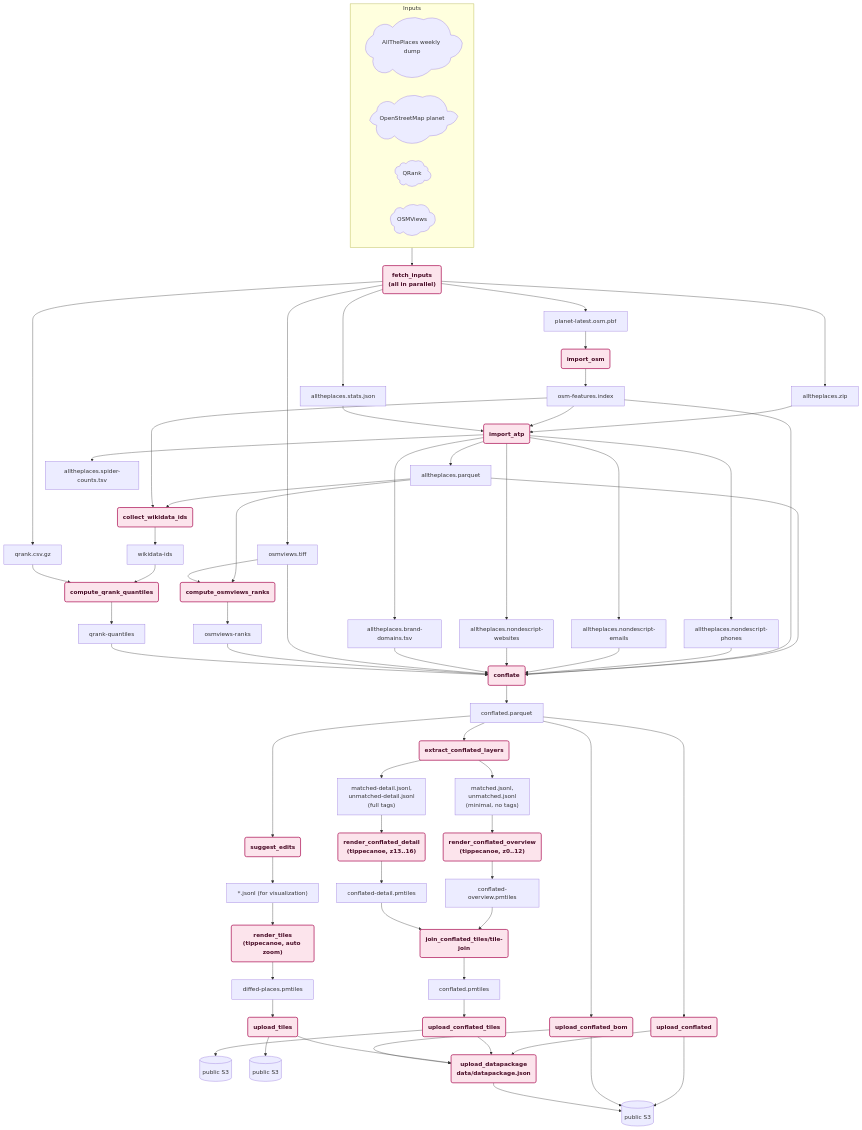
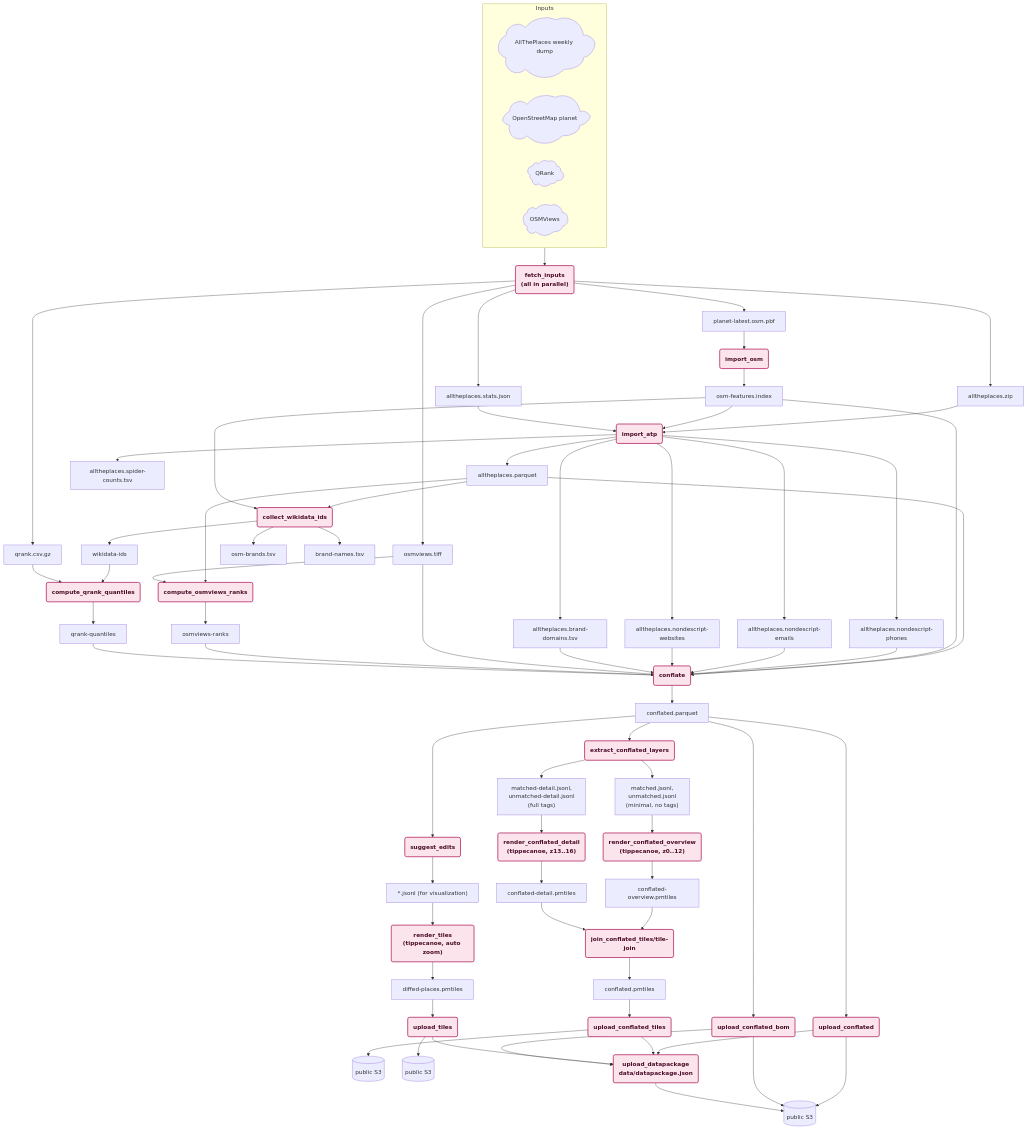
The diagram in docs/TECHNICAL_DESIGN.md (brawer/osmdiffs), drawn with Mermaid before and after one commit. The commit also changed other lines of this file and 3 other files, not shown here.

First line of the commit message:
feat(wikidata): Count OSM features and names per brand (#928)

````diff
--- a/docs/TECHNICAL_DESIGN.md
+++ b/docs/TECHNICAL_DESIGN.md
@@ -177,76 +177,78 @@
 ```mermaid
 graph TD
     ATP_SRC@{ shape: cloud, label: "AllThePlaces weekly dump" }
     OSM_SRC@{ shape: cloud, label: "OpenStreetMap planet" }
     QRANK_SRC@{ shape: cloud, label: "QRank" }
     OSMVIEWS_SRC@{ shape: cloud, label: "OSMViews" }
 
     subgraph INPUTS [Inputs]
         ATP_SRC
         OSM_SRC
         QRANK_SRC
         OSMVIEWS_SRC
     end
     INPUTS --> FETCH_INPUTS("fetch_inputs<br/>(all in parallel)")
     FETCH_INPUTS --> ATP_ZIP[alltheplaces.zip]
     FETCH_INPUTS --> ATP_STATS[alltheplaces.stats.json]
     FETCH_INPUTS --> OSM_PBF[planet-latest.osm.pbf]
     FETCH_INPUTS --> QRANK_CSV[qrank.csv.gz]
     FETCH_INPUTS --> OSMVIEWS_TIFF[osmviews.tiff]
 
     ATP_ZIP --> IMPORT_ATP(import_atp) --> ATP_PARQUET[alltheplaces.parquet]
     OSM_INDEX --> IMPORT_ATP
     IMPORT_ATP --> NONDESCRIPT_PHONES[alltheplaces.nondescript-phones]
     IMPORT_ATP --> NONDESCRIPT_EMAILS[alltheplaces.nondescript-emails]
     IMPORT_ATP --> NONDESCRIPT_WEBSITES[alltheplaces.nondescript-websites]
     IMPORT_ATP --> BRAND_DOMAINS[alltheplaces.brand-domains.tsv]
     ATP_STATS --> IMPORT_ATP
     IMPORT_ATP --> SPIDER_COUNTS[alltheplaces.spider-counts.tsv]
     ATP_PARQUET --> OSMVIEWS_RANKS(compute_osmviews_ranks)
     OSMVIEWS_TIFF --> OSMVIEWS_RANKS
     OSMVIEWS_RANKS --> OSMVIEWS_R[osmviews-ranks]
 
     OSM_PBF --> IMPORT_OSM(import_osm) --> OSM_INDEX[osm-features.index]
 
     ATP_PARQUET --> COLLECT_WIKI(collect_wikidata_ids)
     OSM_INDEX --> COLLECT_WIKI
     COLLECT_WIKI --> WIKIDATA[wikidata-ids]
+    COLLECT_WIKI --> OSM_BRANDS[osm-brands.tsv]
+    COLLECT_WIKI --> BRAND_NAMES[brand-names.tsv]
     WIKIDATA --> QRANK_QUANTILES(compute_qrank_quantiles)
     QRANK_CSV --> QRANK_QUANTILES
     QRANK_QUANTILES --> QRANK_Q[qrank-quantiles]
 
     ATP_PARQUET --> CONFLATE(conflate)
     OSM_INDEX --> CONFLATE
     NONDESCRIPT_PHONES --> CONFLATE
     NONDESCRIPT_EMAILS --> CONFLATE
     NONDESCRIPT_WEBSITES --> CONFLATE
     BRAND_DOMAINS --> CONFLATE
     OSMVIEWS_TIFF --> CONFLATE
     OSMVIEWS_R --> CONFLATE
     QRANK_Q --> CONFLATE
     CONFLATE --> CONFLATED[conflated.parquet]
     CONFLATED --> UPLOAD_CONFLATED(upload_conflated) --> S3A[("public S3")]
 
     CONFLATED --> EXTRACT_CONFLATED_LAYERS(extract_conflated_layers)
     EXTRACT_CONFLATED_LAYERS --> OVERVIEW_LAYERS["matched.jsonl,<br/>unmatched.jsonl<br/>(minimal, no tags)"]
     EXTRACT_CONFLATED_LAYERS --> DETAIL_LAYERS["matched-detail.jsonl,<br/>unmatched-detail.jsonl<br/>(full tags)"]
     OVERVIEW_LAYERS --> RENDER_CONFLATED_OVERVIEW("render_conflated_overview<br/>(tippecanoe, z0..12)") --> OVERVIEW_PMTILES[conflated-overview.pmtiles]
     DETAIL_LAYERS --> RENDER_CONFLATED_DETAIL("render_conflated_detail<br/>(tippecanoe, z13..16)") --> DETAIL_PMTILES[conflated-detail.pmtiles]
     OVERVIEW_PMTILES --> JOIN_CONFLATED_TILES(join_conflated_tiles/tile-join)
     DETAIL_PMTILES --> JOIN_CONFLATED_TILES
     JOIN_CONFLATED_TILES --> CONFLATED_PMTILES[conflated.pmtiles]
     CONFLATED_PMTILES --> UPLOAD_CONFLATED_TILES(upload_conflated_tiles) --> S3C[("public S3")]
 
     CONFLATED --> SUGGEST_EDITS(suggest_edits) --> LAYERS["*.jsonl (for visualization)"]
     LAYERS --> RENDER_TILES("render_tiles<br/>(tippecanoe, auto zoom)") --> PMTILES[diffed-places.pmtiles]
     PMTILES --> UPLOAD_TILES(upload_tiles) --> S3B[("public S3")]
 
     CONFLATED --> UPLOAD_BOM(upload_conflated_bom) --> S3A
     UPLOAD_CONFLATED --> UPLOAD_DATAPACKAGE
     UPLOAD_CONFLATED_TILES --> UPLOAD_DATAPACKAGE
     UPLOAD_TILES --> UPLOAD_DATAPACKAGE
     UPLOAD_BOM --> UPLOAD_DATAPACKAGE(upload_datapackage<br/>data/datapackage.json) --> S3A
 
     classDef process fill:#fce4ec,stroke:#ad1457,stroke-width:2px,color:#4a0e28,font-weight:bold;
     class FETCH_INPUTS,IMPORT_ATP,OSMVIEWS_RANKS,COLLECT_WIKI,QRANK_QUANTILES,IMPORT_OSM,CONFLATE,UPLOAD_CONFLATED,EXTRACT_CONFLATED_LAYERS,RENDER_CONFLATED_OVERVIEW,RENDER_CONFLATED_DETAIL,JOIN_CONFLATED_TILES,UPLOAD_CONFLATED_TILES,SUGGEST_EDITS,RENDER_TILES,UPLOAD_TILES,UPLOAD_BOM,UPLOAD_DATAPACKAGE process;
 ```
````
